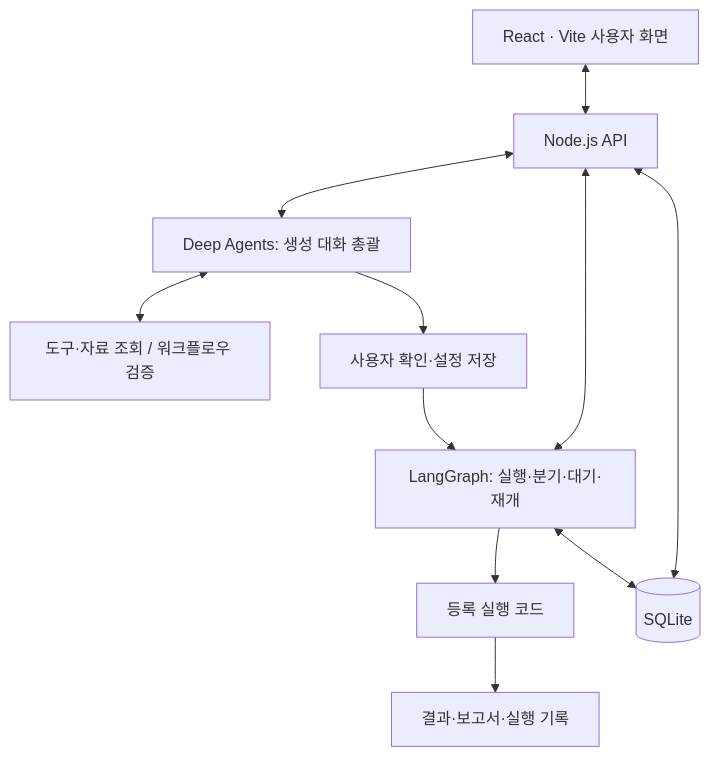
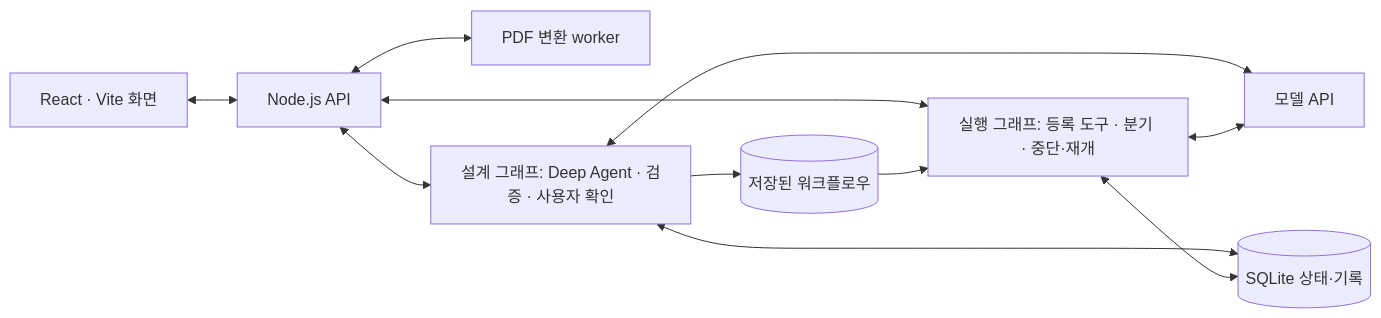
The second of 2 diagrams in README.md (20260528-skn-family-ai-33/SKN33-Final-5Team), drawn with Mermaid before and after one commit. The commit also changed other lines of this file and 1 other file, not shown here.

Commit message:
docs: align README with parser and Qwen integration

````diff
--- a/README.md
+++ b/README.md
@@ -146,13 +169,13 @@
 ```mermaid
-flowchart TD
-    UI[React · Vite 사용자 화면] <--> API[Node.js API]
-    API <--> AGENT[Deep Agents: 생성 대화 총괄]
-    AGENT <--> TOOLS[도구·자료 조회 / 워크플로우 검증]
-    AGENT --> APPROVE[사용자 확인·설정 저장]
-    APPROVE --> GRAPH[LangGraph: 실행·분기·대기·재개]
-    API <--> GRAPH
-    GRAPH --> EXEC[등록 실행 코드]
-    EXEC --> OUTPUT[결과·보고서·실행 기록]
-    API <--> DB[(SQLite)]
-    GRAPH <--> DB
+flowchart LR
+    UI[React · Vite 화면] <--> API[Node.js API]
+    API <--> PARSER[PDF 변환 worker]
+    API <--> DESIGN[설계 그래프: Deep Agent · 검증 · 사용자 확인]
+    API <--> RUN[실행 그래프: 등록 도구 · 분기 · 중단·재개]
+    DESIGN --> CONFIG[(저장된 워크플로우)]
+    CONFIG --> RUN
+    DESIGN <--> MODEL[모델 API]
+    RUN <--> MODEL
+    DESIGN <--> STATE[(SQLite 상태·기록)]
+    RUN <--> STATE
 ```
````
